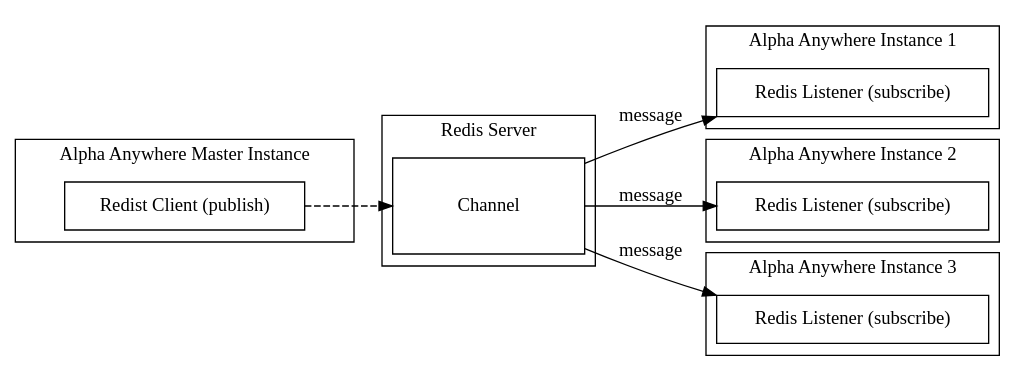
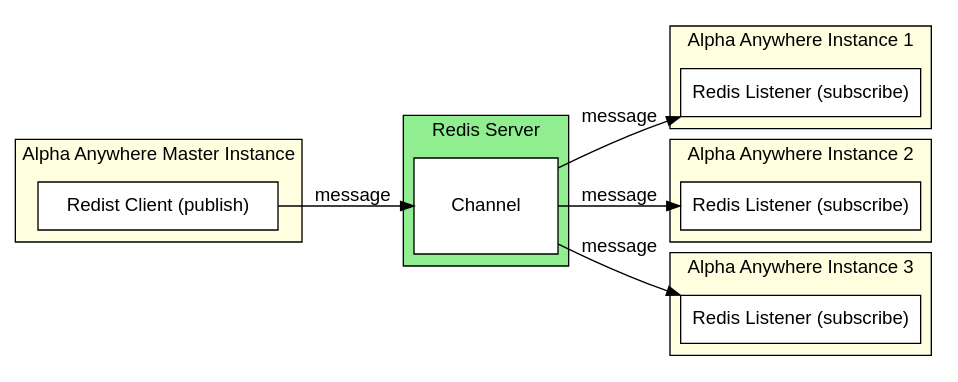
Before and after one commit to BuildMan-Alpha/AlphaHelp: the diagram in helpfiles/Guides/Services/Redis/images/redis_pubsub.dot, drawn with Graphviz. The commit also changed 5 other files, not shown here.

```diff
--- a/helpfiles/Guides/Services/Redis/images/redis_pubsub.dot
+++ b/helpfiles/Guides/Services/Redis/images/redis_pubsub.dot
@@ -1,28 +1,43 @@
 digraph G {
    rankdir=LR    
-   node [shape=record];
+   node [shape=record,fontname=Arial,fillcolor=white,style=filled];
    subgraph clusterA {
+       fontname=Arial
        label="Alpha Anywhere Instance 1"
+       fillcolor=lightyellow
+       style=filled
        im1 [label="<m>Redis Listener (subscribe)",shape=record,width=2.5];
    }
    subgraph clusterB {
       label="Alpha Anywhere Instance 2"
+       fillcolor=lightyellow
+       style=filled
+       fontname=Arial
       im2 [label="<m>Redis Listener (subscribe)",shape=record,width=2.5];
    }
    subgraph clusterC {
       label="Alpha Anywhere Instance 3"
+       fillcolor=lightyellow
+       style=filled
+       fontname=Arial
       im3 [label="<m>Redis Listener (subscribe)",shape=record,width=2.5];
    }
    subgraph clusterD {
      label="Alpha Anywhere Master Instance"
+       fillcolor=lightyellow
+       style=filled
+       fontname=Arial
      im4 [label="<m>Redist Client (publish)",shape=record,width=2.5];
    }
    subgraph clusterE {
        label="Redis Server"
-       q1 [label="<m>Channel",shape=record,width=2,height=1];
+       fillcolor=lightgreen
+       style=filled
+       fontname=Arial
+       q1 [label="<m>Channel",shape=record,width=1.5,height=1];
    }
-   im4:m -> q1:m [style=dashed]
-   q1:m -> im1:m [label="message"]
-   q1:m -> im2:m [label="message"]
-   q1:m -> im3:m [label="message"]
+   im4:m -> q1:m [label="message",fontname=Arial]
+   q1:m -> im1:m [label="message",fontname=Arial]
+   q1:m -> im2:m [label="message",fontname=Arial]
+   q1:m -> im3:m [label="message",fontname=Arial]
 }
```
